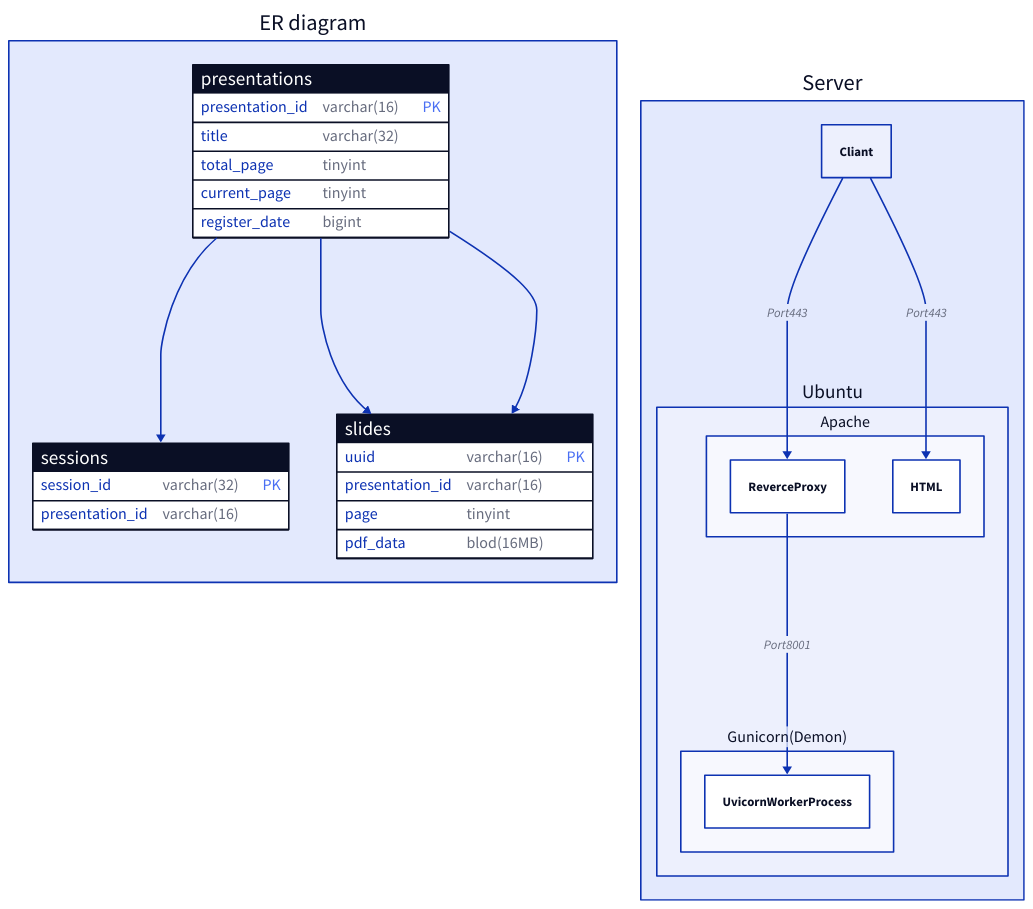
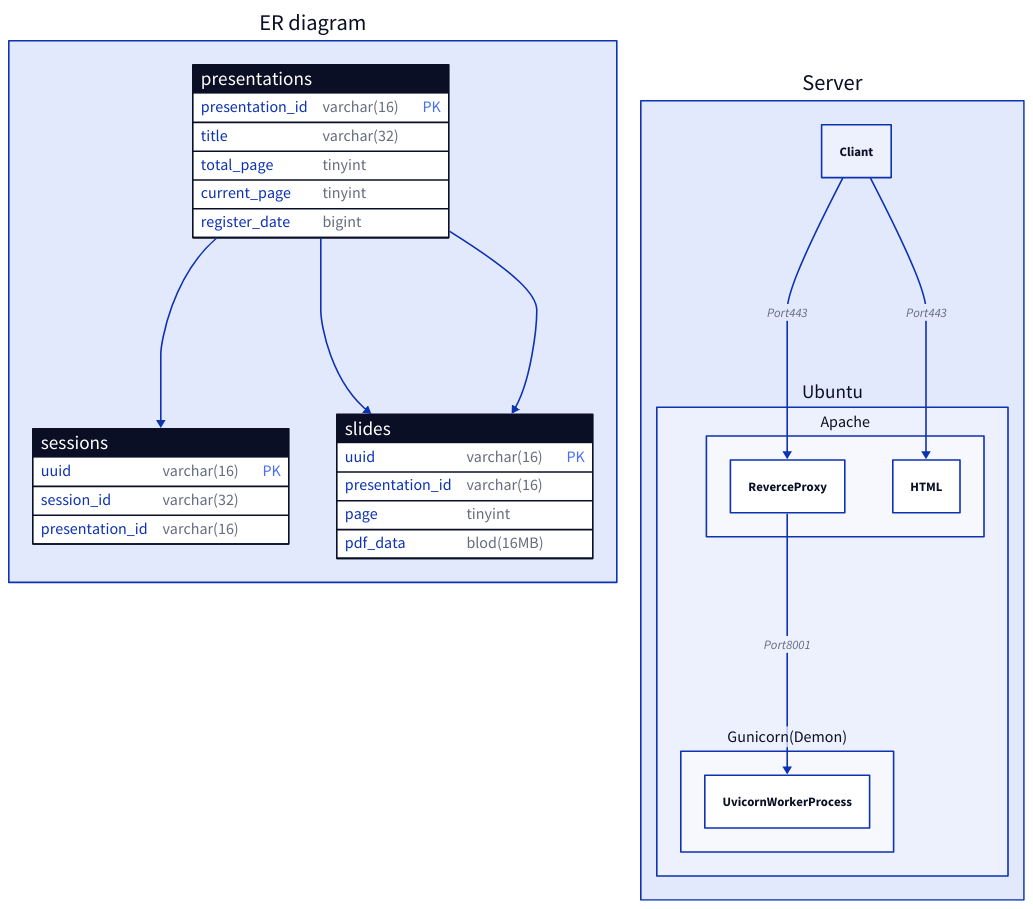
One commit to M-Haruki/RealTimeSlideShare changed the diagram in system.d2. Above: the diagram before and after it, drawn with D2. The commit also changed 2 other files, not shown here.

```diff
--- a/system.d2
+++ b/system.d2
@@ -1,41 +1,42 @@
 db: ER diagram {
   presentations: {
     shape: sql_table
     presentation_id: varchar(16) {constraint: primary_key}
     title: varchar(32)
     total_page: tinyint
     current_page: tinyint
     register_date: bigint
   }
   sessions: {
     shape: sql_table
-    session_id: varchar(32) {constraint: primary_key}
+    uuid: varchar(16) {constraint: primary_key}
+    session_id: varchar(32)
     presentation_id: varchar(16)
   }
   slides: {
     shape: sql_table
     uuid: varchar(16) {constraint: primary_key}
     presentation_id: varchar(16)
     page: tinyint
     pdf_data: blod(16MB)
   }
   sessions.presentation_id <- presentations.presentation_id
   presentations.presentation_id -> slides.presentation_id
   presentations.current_page -> slides.page
 }
 
 Server: {
   Cliant
   Ubuntu: {
     Apache: {
       ReverceProxy
       HTML
     }
     Gunicorn: Gunicorn(Demon) {
       UvicornWorkerProcess
     }
   }
   Cliant -> Ubuntu.Apache.ReverceProxy: Port443
   Cliant -> Ubuntu.Apache.HTML: Port443
   Ubuntu.Apache.ReverceProxy -> Ubuntu.Gunicorn.UvicornWorkerProcess: Port8001
 }
```
